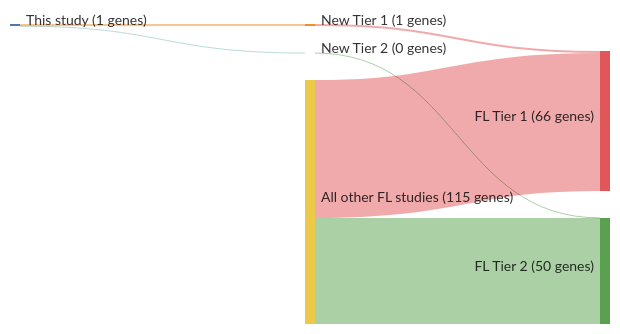
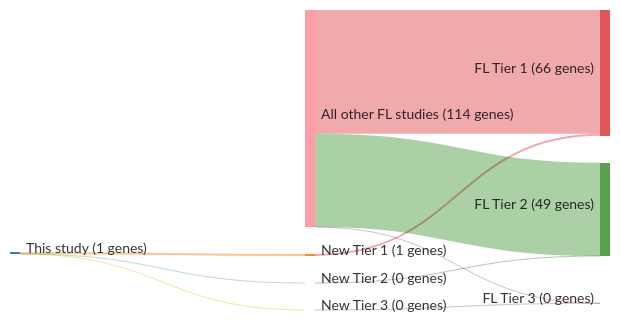
The diagram in papers/morinSomaticMutationsAltering2010a.md (morinlab/lymphopedia), drawn with Mermaid before and after one commit. The commit also changed other lines of this file and 4 other files, not shown here.

````diff
--- a/papers/morinSomaticMutationsAltering2010a.md
+++ b/papers/morinSomaticMutationsAltering2010a.md
@@ -13,20 +13,23 @@
 ```mermaid
 ---
 config:
     sankey:
         showValues: true
         linkColor: target
         width: 600
         height: 300
         nodeAlignment: right
         prefix: '('
         suffix: ' genes)'
 ---
 sankey-beta
 This study, New Tier 1, 1
 New Tier 1, FL Tier 1, 1
 This study, New Tier 2, 0
 New Tier 2, FL Tier 2, 0
+This study, New Tier 3, 0
+New Tier 3, FL Tier 3, 0
 All other FL studies, FL Tier 1, 65
-All other FL studies, FL Tier 2, 50
+All other FL studies, FL Tier 2, 49
+All other FL studies, FL Tier 3, 0
 ```
````
